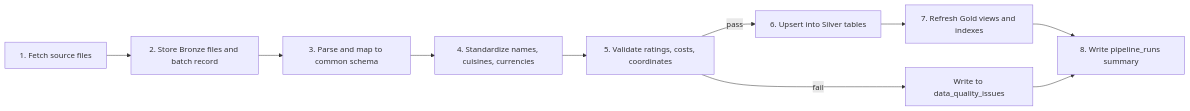
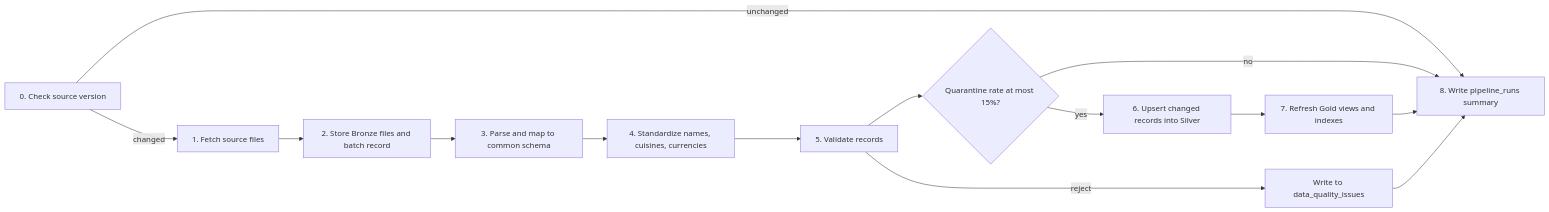
The third of 9 diagrams in docs/ARCHITECTURE.md (Ziad17-Ai/Global-Restaurant-Explorer-), drawn with Mermaid before and after one commit. The commit also changed other lines of this file and 7 other files, not shown here.

Commit message:
docs(docs): align core architecture, srs, style, and agent guide

````diff
--- a/docs/ARCHITECTURE.md
+++ b/docs/ARCHITECTURE.md
@@ -89,12 +109,16 @@
 ```mermaid
 flowchart LR
-    A["1. Fetch source files"] --> B["2. Store Bronze files and batch record"]
+    A0["0. Check source version"] -->|unchanged| I["8. Write pipeline_runs summary"]
+    A0 -->|changed| A["1. Fetch source files"]
+    A --> B["2. Store Bronze files and batch record"]
     B --> C["3. Parse and map to common schema"]
     C --> D["4. Standardize names, cuisines, currencies"]
-    D --> E["5. Validate ratings, costs, coordinates"]
-    E -->|pass| F["6. Upsert into Silver tables"]
-    E -->|fail| H["Write to data_quality_issues"]
+    D --> E["5. Validate records"]
+    E -->|reject| H["Write to data_quality_issues"]
+    E --> Q{"Quarantine rate at most 15%?"}
+    Q -->|yes| F["6. Upsert changed records into Silver"]
+    Q -->|no| I
     F --> G["7. Refresh Gold views and indexes"]
-    G --> I["8. Write pipeline_runs summary"]
+    G --> I
     H --> I
 ```
````
